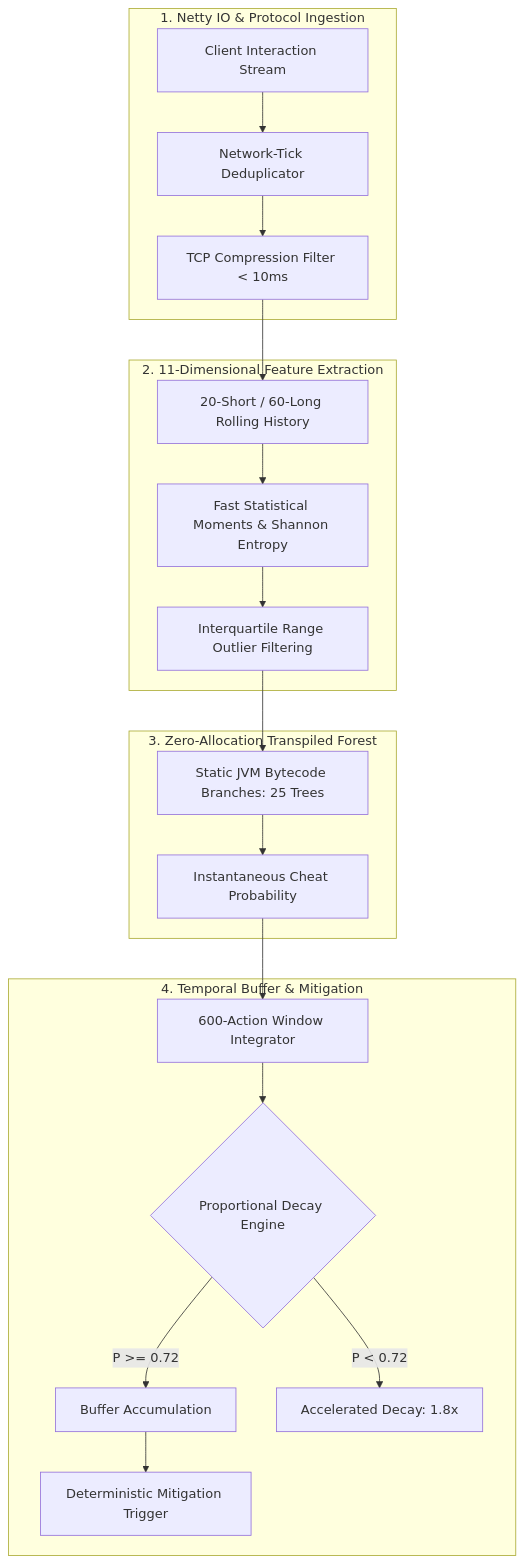
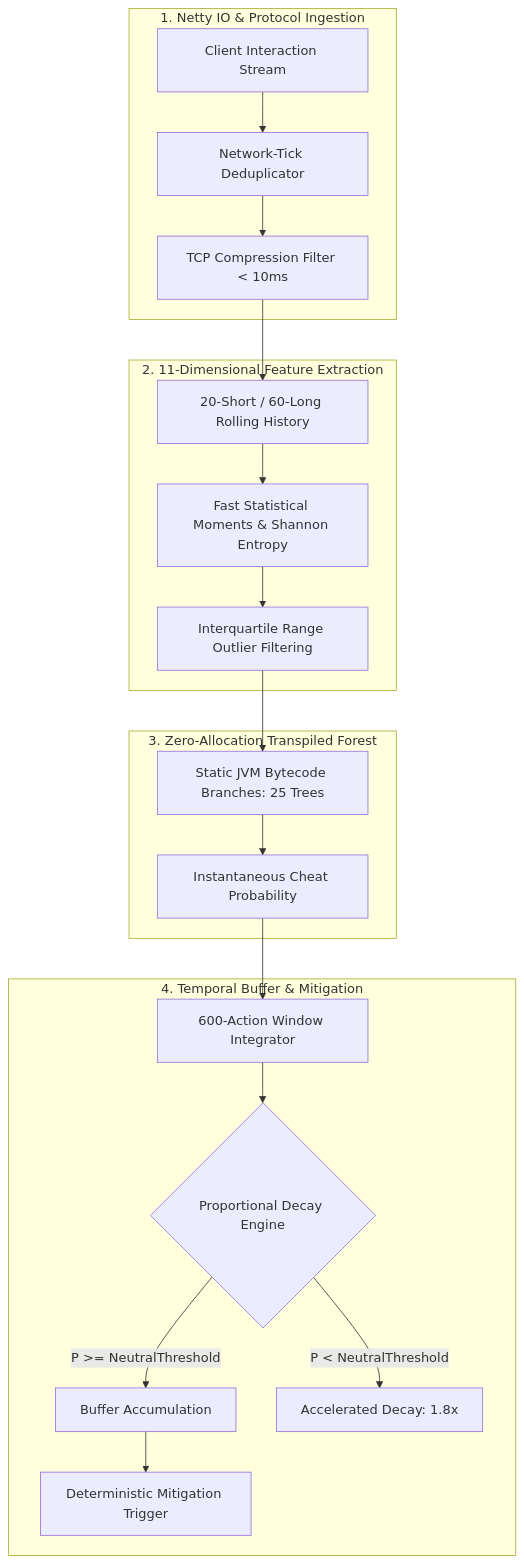
Before and after one commit to MarcosKauanS/kinematic-anticheat-runtime: the diagram in README.md, drawn with Mermaid. The commit also changed 1 other file, not shown here.

Commit message:
security(sanitization): abstract tree decision boundaries and feature constants against adversarial model extraction

````diff
--- a/README.md
+++ b/README.md
@@ -27,26 +27,26 @@
 ```mermaid
 flowchart TD
     subgraph Ingestion["1. Netty IO & Protocol Ingestion"]
         PKT[Client Interaction Stream] --> DEDUP[Network-Tick Deduplicator]
         DEDUP --> JITTER[TCP Compression Filter < 10ms]
     end
 
     subgraph FeatureEng["2. 11-Dimensional Feature Extraction"]
         JITTER --> SLIDE[20-Short / 60-Long Rolling History]
         SLIDE --> STATS[Fast Statistical Moments & Shannon Entropy]
         STATS --> IQR[Interquartile Range Outlier Filtering]
     end
 
     subgraph BytecodeModel["3. Zero-Allocation Transpiled Forest"]
         IQR --> TREE_EVAL[Static JVM Bytecode Branches: 25 Trees]
         TREE_EVAL --> PROB[Instantaneous Cheat Probability]
     end
 
     subgraph ActionDecay["4. Temporal Buffer & Mitigation"]
         PROB --> SESS[600-Action Window Integrator]
         SESS --> DECAY{Proportional Decay Engine}
-        DECAY -->|P >= 0.72| RISE[Buffer Accumulation]
-        DECAY -->|P < 0.72| DROP[Accelerated Decay: 1.8x]
+        DECAY -->|P >= NeutralThreshold| RISE[Buffer Accumulation]
+        DECAY -->|P < NeutralThreshold| DROP[Accelerated Decay: 1.8x]
         RISE --> FLAG[Deterministic Mitigation Trigger]
     end
 ```
````
